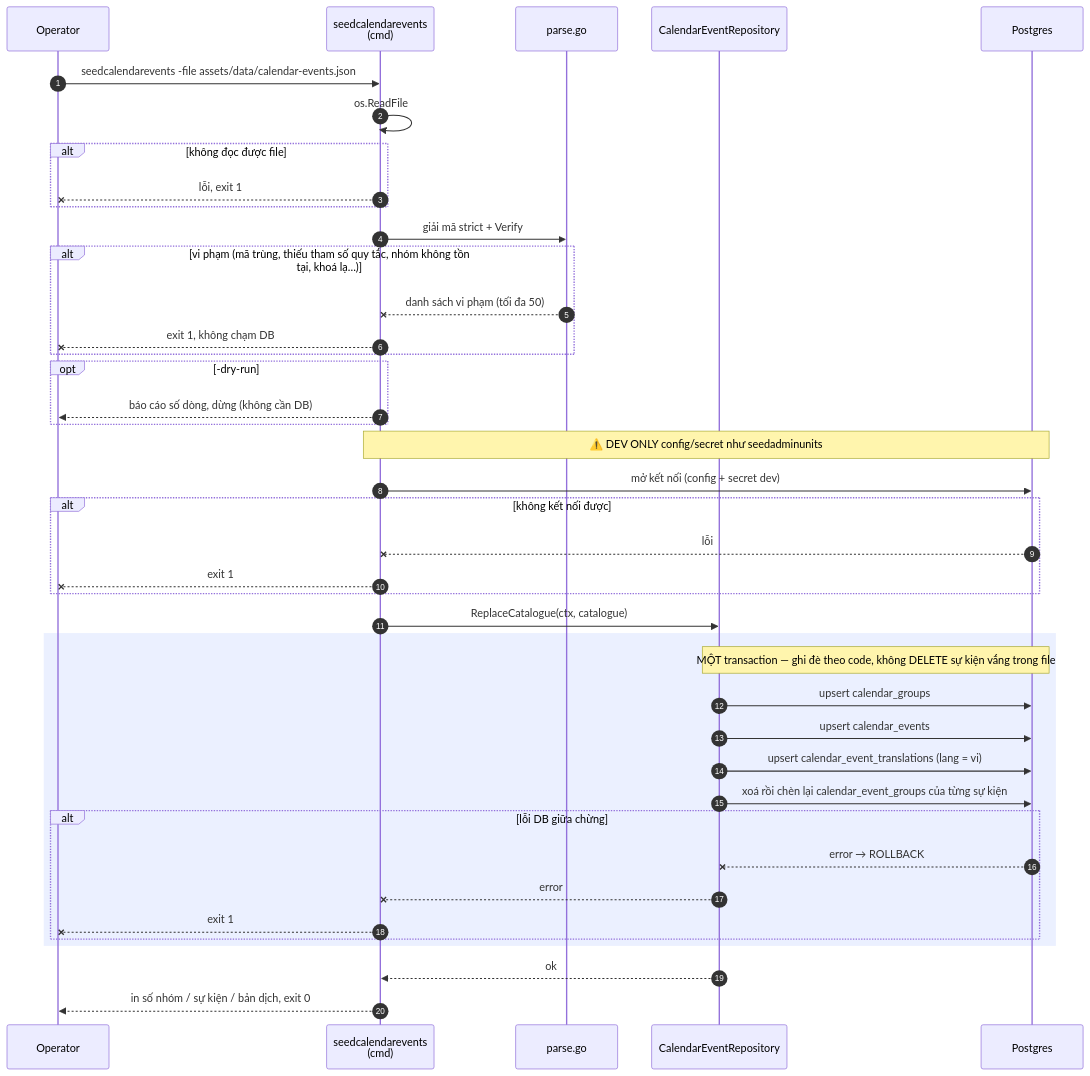
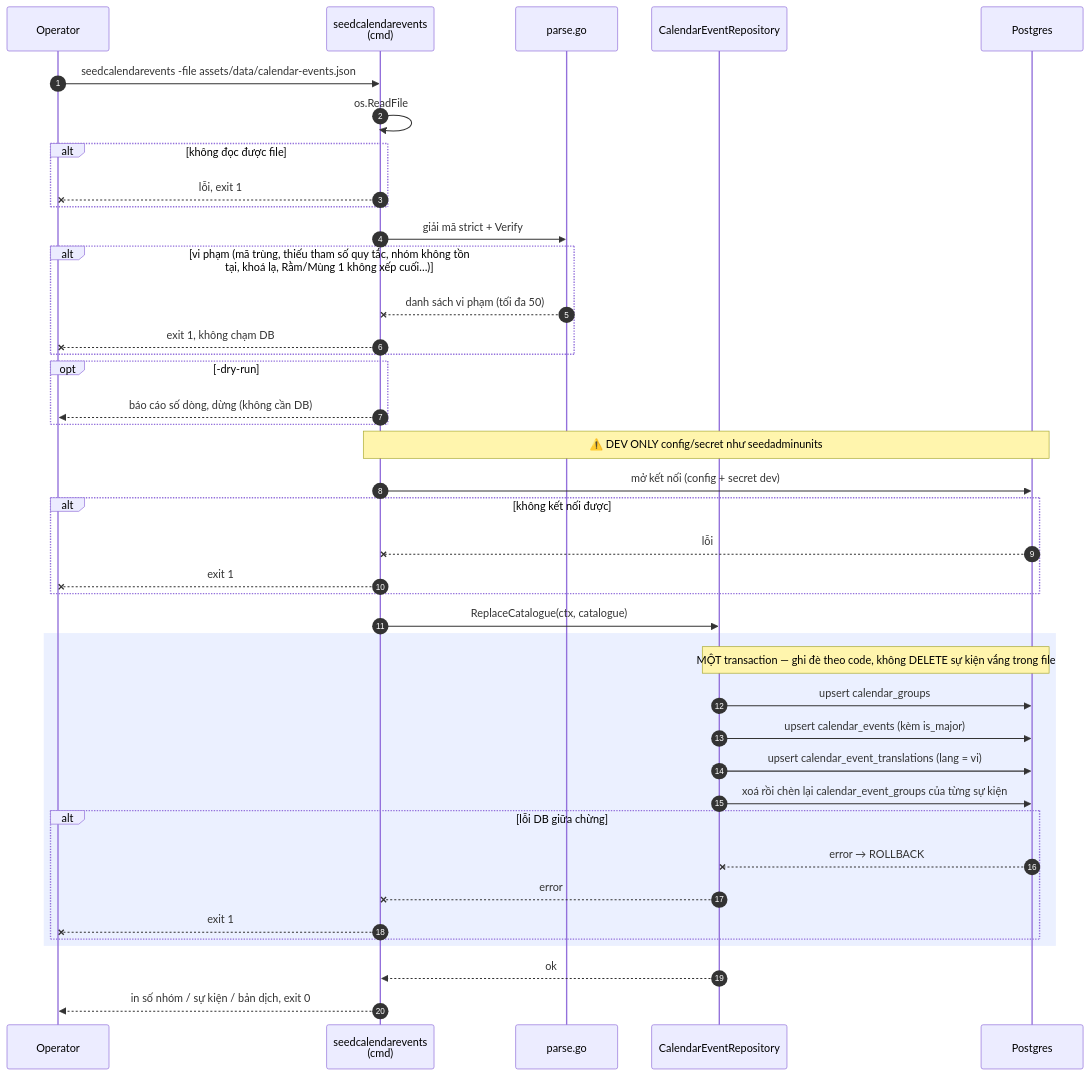
Before and after one commit to chjpcojit/innerlamp-be: the second of 2 diagrams in docs/specs/features/calendar/flow.md, drawn with Mermaid. The commit also changed other lines of this file and 4 other files, not shown here.

````diff
--- a/docs/specs/features/calendar/flow.md
+++ b/docs/specs/features/calendar/flow.md
@@ -67,48 +73,48 @@
 ```mermaid
 sequenceDiagram
     autonumber
     participant O as Operator
     participant S as seedcalendarevents<br/>(cmd)
     participant P as parse.go
     participant R as CalendarEventRepository
     participant DB as Postgres
 
     O->>S: seedcalendarevents -file assets/data/calendar-events.json
     S->>S: os.ReadFile
     alt không đọc được file
         S--xO: lỗi, exit 1
     end
 
     S->>P: giải mã strict + Verify
-    alt vi phạm (mã trùng, thiếu tham số quy tắc, nhóm không tồn tại, khoá lạ…)
+    alt vi phạm (mã trùng, thiếu tham số quy tắc, nhóm không tồn tại, khoá lạ, Rằm/Mùng 1 không xếp cuối…)
         P--xS: danh sách vi phạm (tối đa 50)
         S--xO: exit 1, không chạm DB
     end
     opt -dry-run
         S-->>O: báo cáo số dòng, dừng (không cần DB)
     end
 
     Note over S,DB: ⚠️ DEV ONLY config/secret như seedadminunits
     S->>DB: mở kết nối (config + secret dev)
     alt không kết nối được
         DB--xS: lỗi
         S--xO: exit 1
     end
 
     S->>R: ReplaceCatalogue(ctx, catalogue)
     rect rgb(235, 240, 255)
         Note over R,DB: MỘT transaction — ghi đè theo code, không DELETE sự kiện vắng trong file
         R->>DB: upsert calendar_groups
-        R->>DB: upsert calendar_events
+        R->>DB: upsert calendar_events (kèm is_major)
         R->>DB: upsert calendar_event_translations (lang = vi)
         R->>DB: xoá rồi chèn lại calendar_event_groups của từng sự kiện
         alt lỗi DB giữa chừng
             DB--xR: error → ROLLBACK
             R--xS: error
             S--xO: exit 1
         end
     end
 
     R-->>S: ok
     S-->>O: in số nhóm / sự kiện / bản dịch, exit 0
 ```
````
